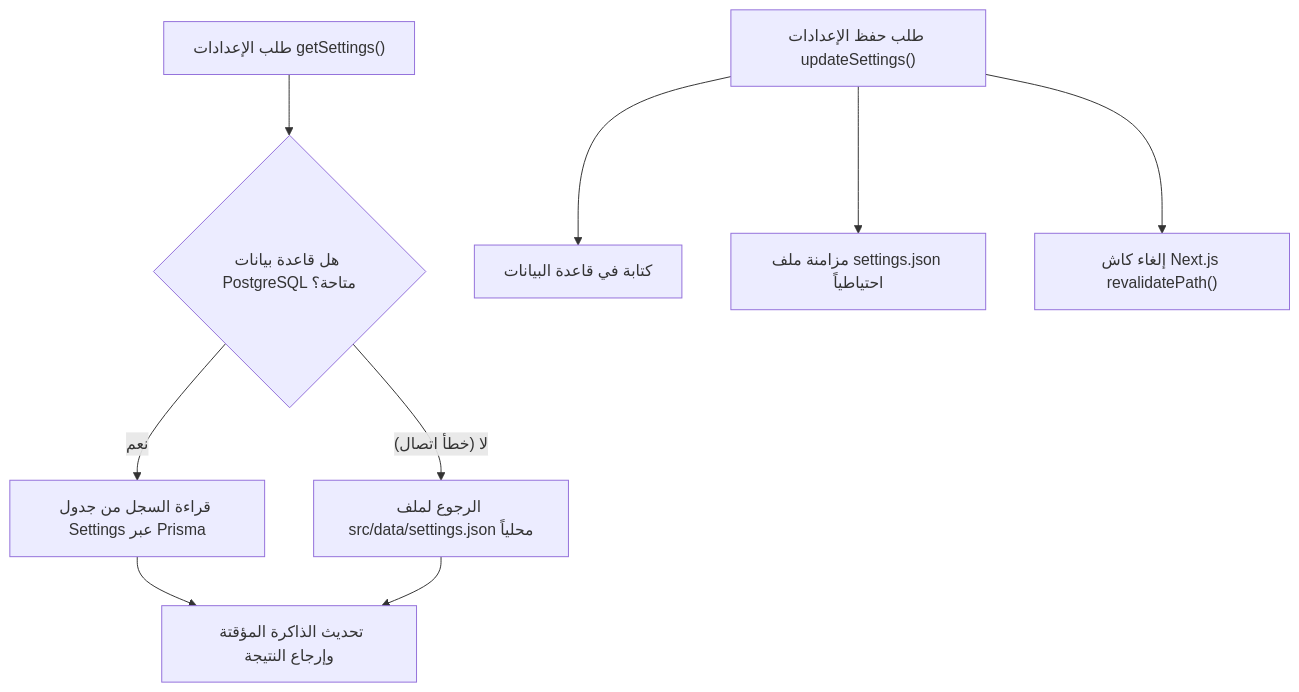
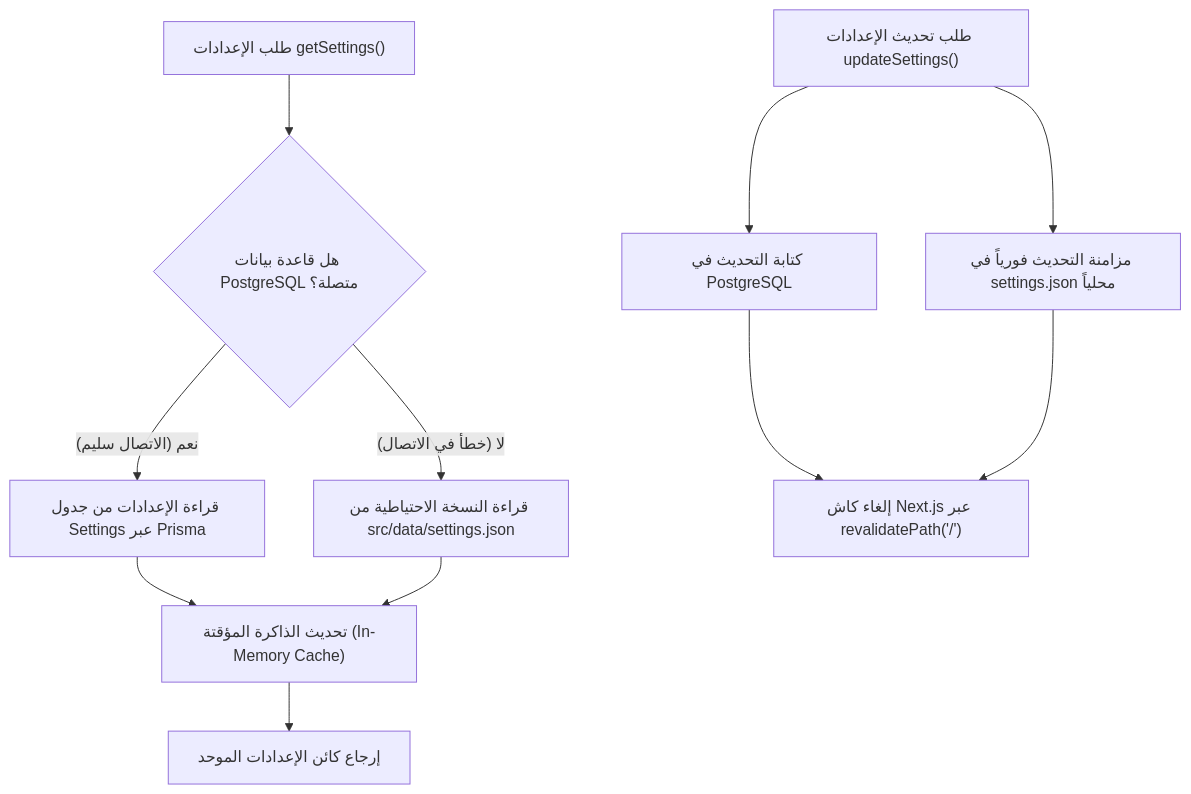
Before and after one commit to ammarnaass/slam-dunk-w: the third of 3 diagrams in LARGE_FILES_ANALYSIS.md, drawn with Mermaid. The commit also changed other lines of this file and 108 other files, not shown here.

````diff
--- a/LARGE_FILES_ANALYSIS.md
+++ b/LARGE_FILES_ANALYSIS.md
@@ -294,12 +328,13 @@
 ```mermaid
 flowchart TD
-    Req["طلب الإعدادات getSettings()"] --> DB{"هل قاعدة بيانات PostgreSQL متاحة؟"}
-    DB -- "نعم" --> FetchDB["قراءة السجل من جدول Settings عبر Prisma"]
-    DB -- "لا (خطأ اتصال)" --> Fallback["الرجوع لملف src/data/settings.json محلياً"]
-    FetchDB --> Cache["تحديث الذاكرة المؤقتة وإرجاع النتيجة"]
+    Req["طلب الإعدادات getSettings()"] --> DB{"هل قاعدة بيانات PostgreSQL متصلة؟"}
+    DB -- "نعم (الاتصال سليم)" --> FetchDB["قراءة الإعدادات من جدول Settings عبر Prisma"]
+    DB -- "لا (خطأ في الاتصال)" --> Fallback["قراءة النسخة الاحتياطية من src/data/settings.json"]
+    FetchDB --> Cache["تحديث الذاكرة المؤقتة (In-Memory Cache)"]
     Fallback --> Cache
-    
-    Save["طلب حفظ الإعدادات updateSettings()"] --> SaveDB["كتابة في قاعدة البيانات"]
-    Save --> SaveJSON["مزامنة ملف settings.json احتياطياً"]
-    Save --> Revalidate["إلغاء كاش Next.js revalidatePath()"]
+    Cache --> Response["إرجاع كائن الإعدادات الموحد"]
+
+    Update["طلب تحديث الإعدادات updateSettings()"] --> SaveDB["كتابة التحديث في PostgreSQL"]
+    Update --> SaveJSON["مزامنة التحديث فورياً في settings.json محلياً"]
+    SaveDB & SaveJSON --> Revalidate["إلغاء كاش Next.js عبر revalidatePath('/')"]
 ```
````
